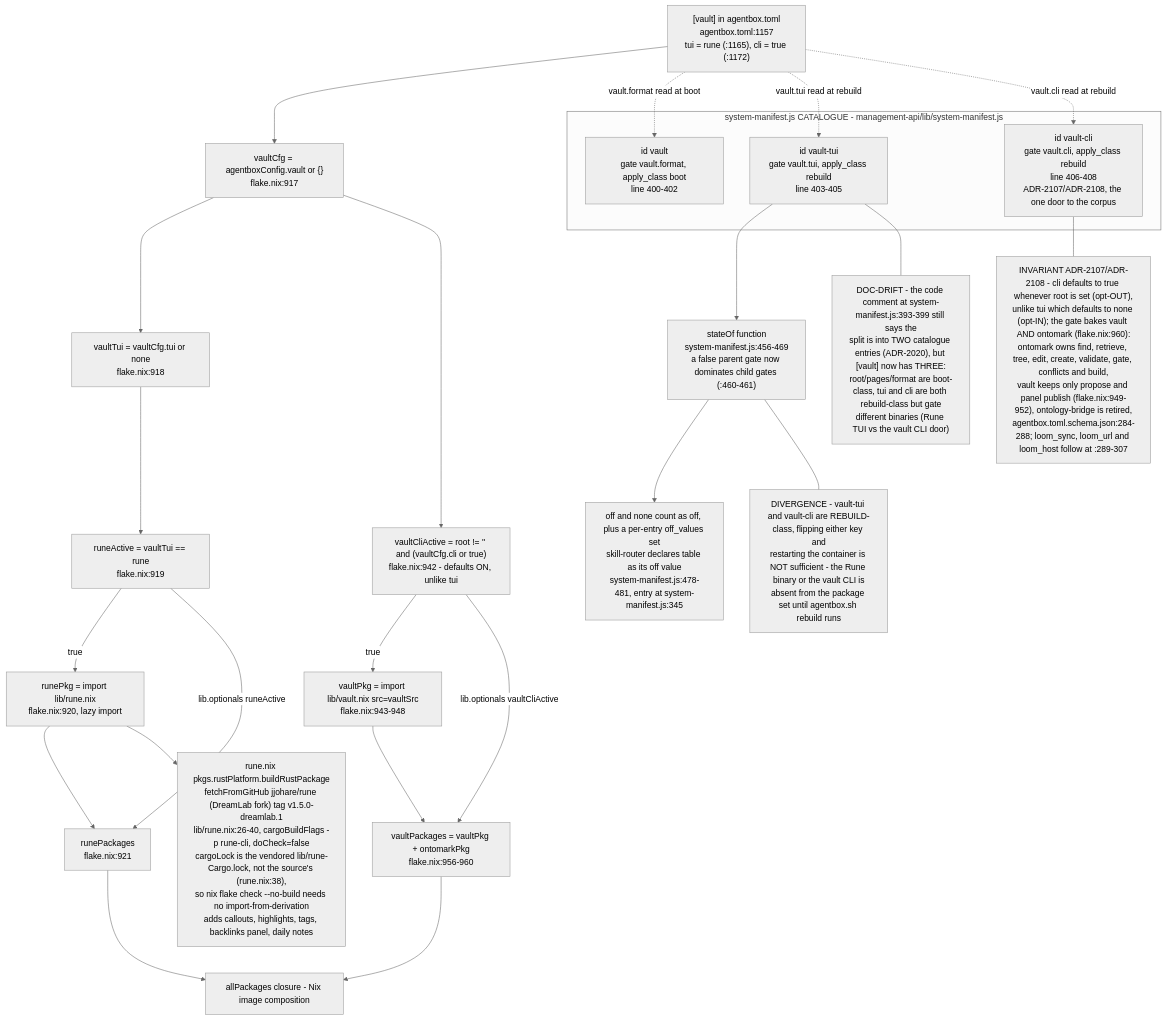
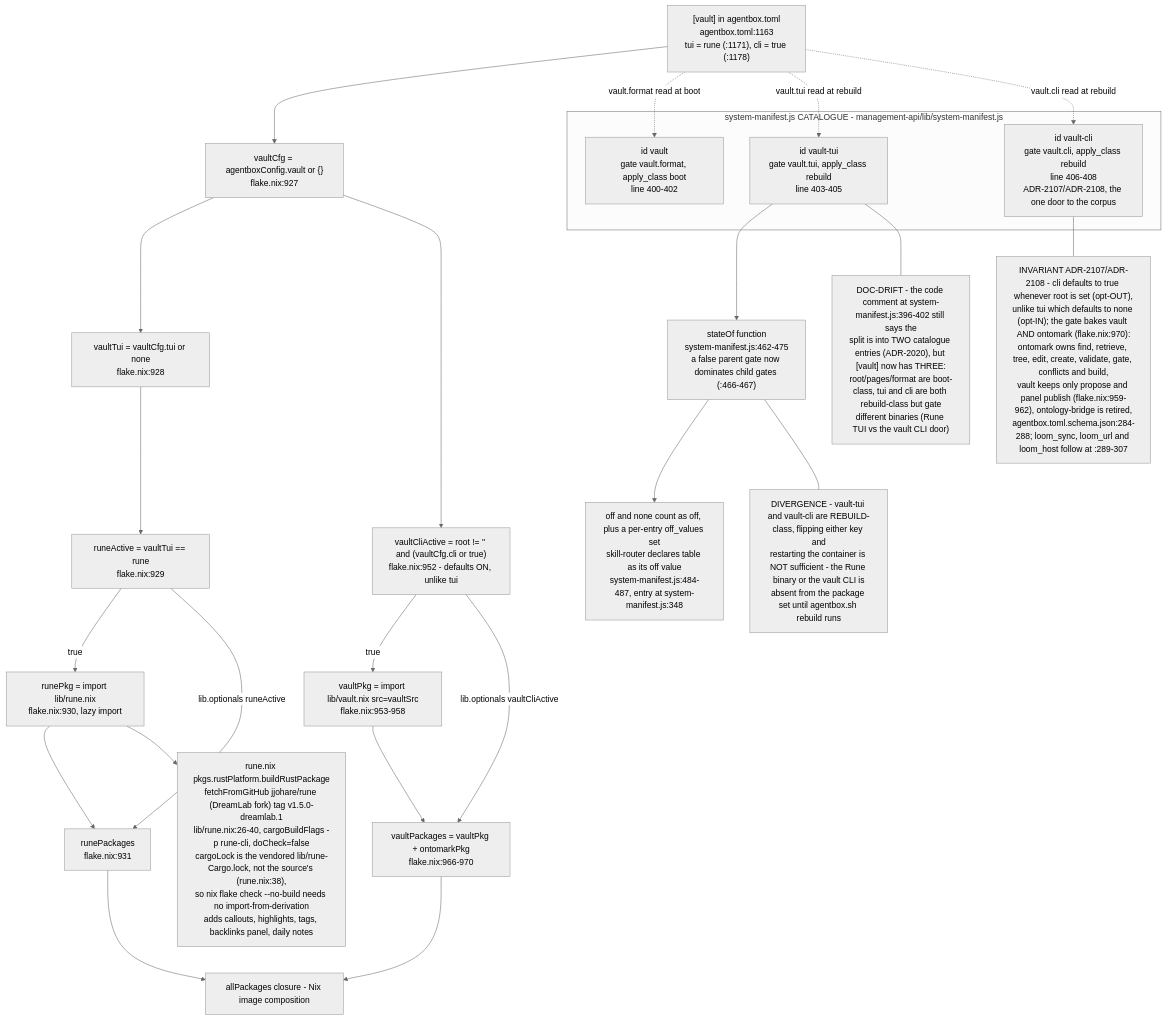
One commit to DreamLab-AI/VisionFlow changed the ninth of 10 diagrams in docs/diagrams/agentbox/01-nix-flake-composition.md. Above: the diagram before and after it, drawn with Mermaid (neutral theme). The commit also changed other lines of this file and 36 other files, not shown here.

First line of the commit message:
docs(diagrams): re-derive and re-stamp agentbox, dream-engine, visioncraft, visiontouch and vowl topics; drop LAN addresses

````diff
--- a/docs/diagrams/agentbox/01-nix-flake-composition.md
+++ b/docs/diagrams/agentbox/01-nix-flake-composition.md
@@ -435,44 +435,44 @@
 ```mermaid
 flowchart TB
-    TOMLVAULT["[vault] in agentbox.toml<br/>agentbox.toml:1157<br/>tui = rune (:1165), cli = true (:1172)"] --> VAULTCFG["vaultCfg = agentboxConfig.vault or {}<br/>flake.nix:917"]
+    TOMLVAULT["[vault] in agentbox.toml<br/>agentbox.toml:1163<br/>tui = rune (:1171), cli = true (:1178)"] --> VAULTCFG["vaultCfg = agentboxConfig.vault or {}<br/>flake.nix:927"]
 
-    VAULTCFG --> TUIVAL["vaultTui = vaultCfg.tui or none<br/>flake.nix:918"]
-    TUIVAL --> RUNEACTIVE["runeActive = vaultTui == rune<br/>flake.nix:919"]
-    RUNEACTIVE -->|"true"| RUNEPKGIMPORT["runePkg = import lib/rune.nix<br/>flake.nix:920, lazy import"]
-    RUNEACTIVE -->|"lib.optionals runeActive"| RUNEPACKAGES["runePackages<br/>flake.nix:921"]
+    VAULTCFG --> TUIVAL["vaultTui = vaultCfg.tui or none<br/>flake.nix:928"]
+    TUIVAL --> RUNEACTIVE["runeActive = vaultTui == rune<br/>flake.nix:929"]
+    RUNEACTIVE -->|"true"| RUNEPKGIMPORT["runePkg = import lib/rune.nix<br/>flake.nix:930, lazy import"]
+    RUNEACTIVE -->|"lib.optionals runeActive"| RUNEPACKAGES["runePackages<br/>flake.nix:931"]
     RUNEPKGIMPORT --> RUNEPACKAGES
 
-    VAULTCFG --> CLIVAL["vaultCliActive = root != '' and (vaultCfg.cli or true)<br/>flake.nix:942 - defaults ON, unlike tui"]
-    CLIVAL -->|"true"| VAULTPKGIMPORT["vaultPkg = import lib/vault.nix src=vaultSrc<br/>flake.nix:943-948"]
-    CLIVAL -->|"lib.optionals vaultCliActive"| VAULTPACKAGES["vaultPackages = vaultPkg + ontomarkPkg<br/>flake.nix:956-960"]
+    VAULTCFG --> CLIVAL["vaultCliActive = root != '' and (vaultCfg.cli or true)<br/>flake.nix:952 - defaults ON, unlike tui"]
+    CLIVAL -->|"true"| VAULTPKGIMPORT["vaultPkg = import lib/vault.nix src=vaultSrc<br/>flake.nix:953-958"]
+    CLIVAL -->|"lib.optionals vaultCliActive"| VAULTPACKAGES["vaultPackages = vaultPkg + ontomarkPkg<br/>flake.nix:966-970"]
     VAULTPKGIMPORT --> VAULTPACKAGES
 
     RUNEPACKAGES --> ALLPKG["allPackages closure - Nix image composition"]
     VAULTPACKAGES --> ALLPKG
 
     RUNEBUILD["rune.nix pkgs.rustPlatform.buildRustPackage<br/>fetchFromGitHub jjohare/rune (DreamLab fork) tag v1.5.0-dreamlab.1<br/>lib/rune.nix:26-40, cargoBuildFlags -p rune-cli, doCheck=false<br/>cargoLock is the vendored lib/rune-Cargo.lock, not the source's (rune.nix:38),<br/>so nix flake check --no-build needs no import-from-derivation<br/>adds callouts, highlights, tags, backlinks panel, daily notes"]
     RUNEPKGIMPORT --> RUNEBUILD
 
     subgraph MANIFEST["system-manifest.js CATALOGUE - management-api/lib/system-manifest.js"]
         VAULTENTRY["id vault<br/>gate vault.format, apply_class boot<br/>line 400-402"]
         VAULTTUIENTRY["id vault-tui<br/>gate vault.tui, apply_class rebuild<br/>line 403-405"]
         VAULTCLIENTRY["id vault-cli<br/>gate vault.cli, apply_class rebuild<br/>line 406-408<br/>ADR-2107/ADR-2108, the one door to the corpus"]
     end
 
     TOMLVAULT -.->|"vault.format read at boot"| VAULTENTRY
     TOMLVAULT -.->|"vault.tui read at rebuild"| VAULTTUIENTRY
     TOMLVAULT -.->|"vault.cli read at rebuild"| VAULTCLIENTRY
 
-    STATEOF["stateOf function<br/>system-manifest.js:456-469<br/>a false parent gate now dominates child gates (:460-461)"]
+    STATEOF["stateOf function<br/>system-manifest.js:462-475<br/>a false parent gate now dominates child gates (:466-467)"]
     VAULTTUIENTRY --> STATEOF
-    STATEOF --> MODESTRING["off and none count as off, plus a per-entry off_values set<br/>skill-router declares table as its off value<br/>system-manifest.js:478-481, entry at system-manifest.js:345"]
+    STATEOF --> MODESTRING["off and none count as off, plus a per-entry off_values set<br/>skill-router declares table as its off value<br/>system-manifest.js:484-487, entry at system-manifest.js:348"]
 
-    NOTE1["DOC-DRIFT - the code comment at system-manifest.js:393-399 still says the<br/>split is into TWO catalogue entries (ADR-2020), but [vault] now has THREE:<br/>root/pages/format are boot-class, tui and cli are both rebuild-class but gate<br/>different binaries (Rune TUI vs the vault CLI door)"]
+    NOTE1["DOC-DRIFT - the code comment at system-manifest.js:396-402 still says the<br/>split is into TWO catalogue entries (ADR-2020), but [vault] now has THREE:<br/>root/pages/format are boot-class, tui and cli are both rebuild-class but gate<br/>different binaries (Rune TUI vs the vault CLI door)"]
     VAULTTUIENTRY --- NOTE1
 
     NOTE2["DIVERGENCE - vault-tui and vault-cli are REBUILD-class, flipping either key and<br/>restarting the container is NOT sufficient - the Rune binary or the vault CLI is<br/>absent from the package set until agentbox.sh rebuild runs"]
     STATEOF --- NOTE2
 
-    NOTE3["INVARIANT ADR-2107/ADR-2108 - cli defaults to true whenever root is set (opt-OUT),<br/>unlike tui which defaults to none (opt-IN); the gate bakes vault AND ontomark (flake.nix:960):<br/>ontomark owns find, retrieve, tree, edit, create, validate, gate, conflicts and build,<br/>vault keeps only propose and panel publish (flake.nix:949-952), ontology-bridge is retired,<br/>agentbox.toml.schema.json:284-288; loom_sync, loom_url and loom_host follow at :289-307"]
+    NOTE3["INVARIANT ADR-2107/ADR-2108 - cli defaults to true whenever root is set (opt-OUT),<br/>unlike tui which defaults to none (opt-IN); the gate bakes vault AND ontomark (flake.nix:970):<br/>ontomark owns find, retrieve, tree, edit, create, validate, gate, conflicts and build,<br/>vault keeps only propose and panel publish (flake.nix:959-962), ontology-bridge is retired,<br/>agentbox.toml.schema.json:284-288; loom_sync, loom_url and loom_host follow at :289-307"]
     VAULTCLIENTRY --- NOTE3
 ```
````
